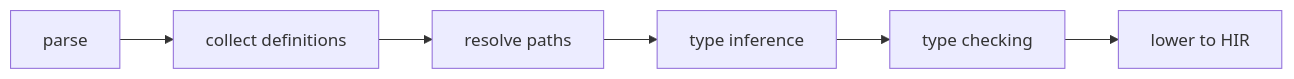
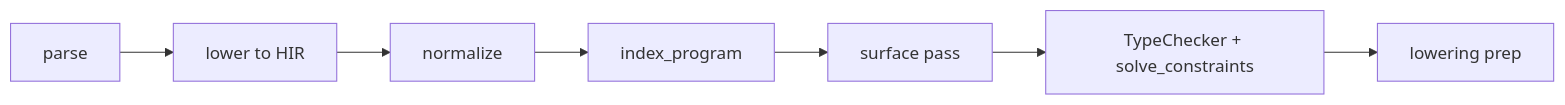
The first of 2 diagrams in site/website/src/content/docs/platform-spec/language-meta/type-system/type-inference/flow-and-algorithm.mdx (Cyber-Nomad-Collective/beskid), drawn with Mermaid before and after one commit. The commit also changed other lines of this file and 5 other files, not shown here.

````diff
--- a/site/website/src/content/docs/platform-spec/language-meta/type-system/type-inference/flow-and-algorithm.mdx
+++ b/site/website/src/content/docs/platform-spec/language-meta/type-system/type-inference/flow-and-algorithm.mdx
@@ -34,10 +34,11 @@
 ```mermaid
 flowchart LR
     parse[parse]
-    collect[collect definitions]
-    resolve[resolve paths]
-    infer[type inference]
-    check[type checking]
     lower[lower to HIR]
-    parse --> collect --> resolve --> infer --> check --> lower
+    normalize[normalize]
+    index[index_program]
+    surface[surface pass]
+    infer[TypeChecker + solve_constraints]
+    prep[lowering prep]
+    parse --> lower --> normalize --> index --> surface --> infer --> prep
 ```
````
